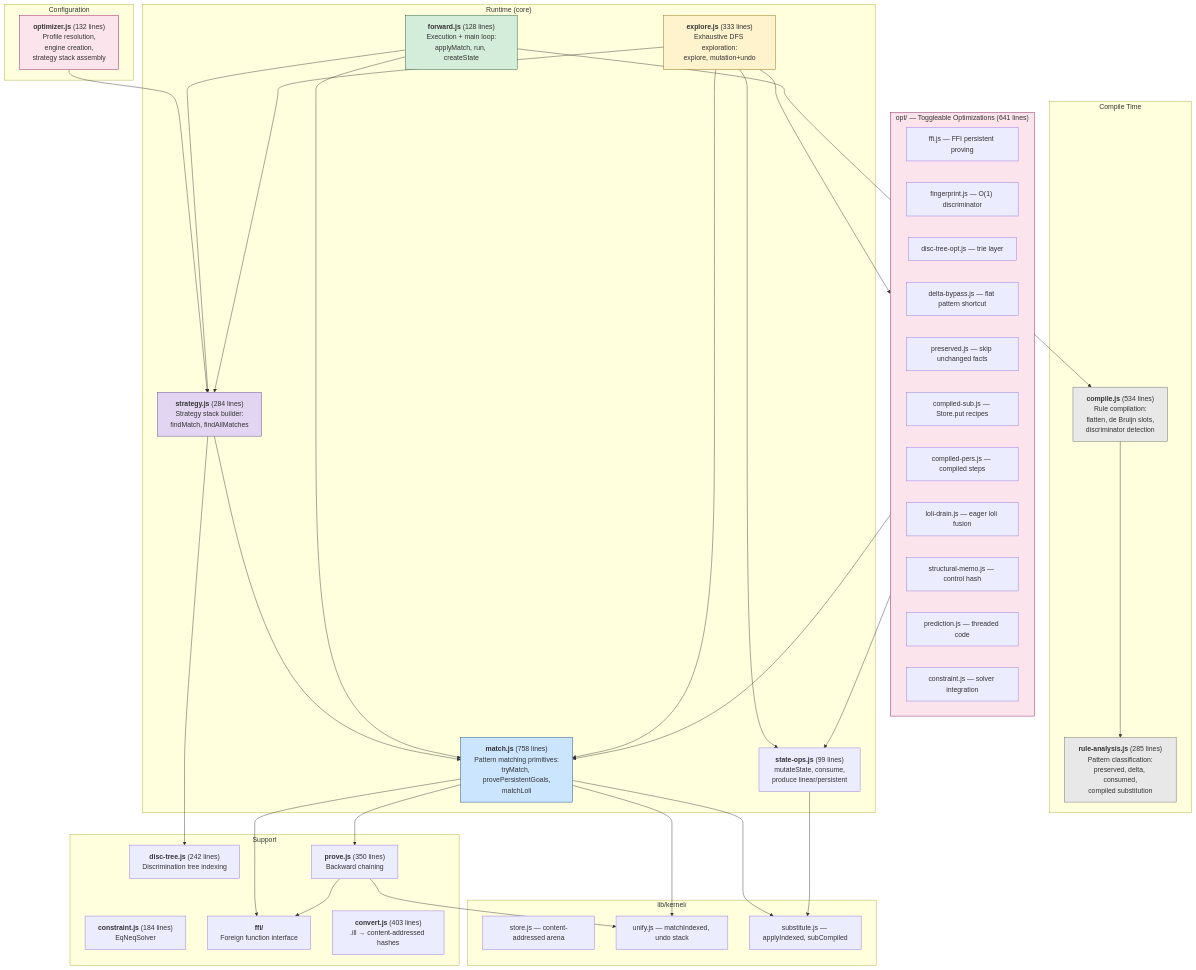
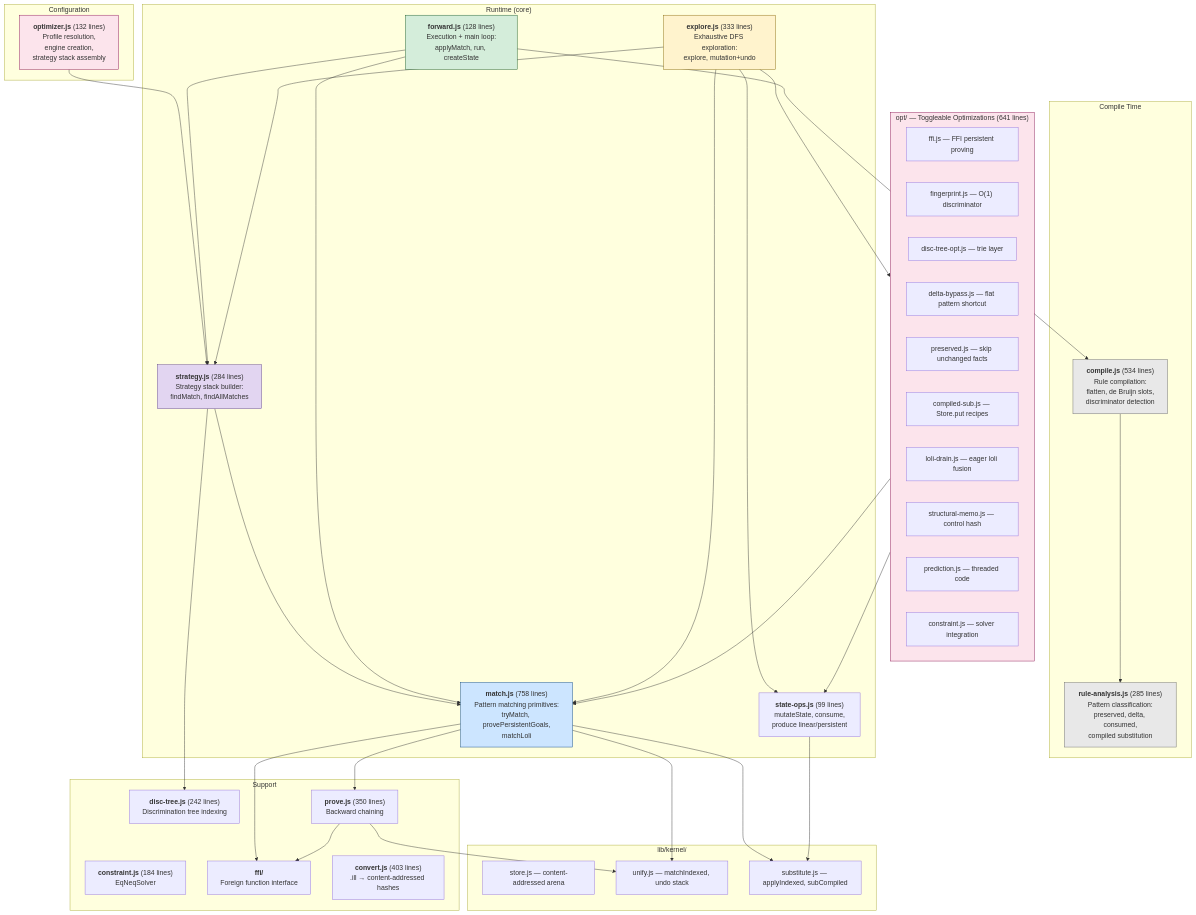
Before and after one commit to mhhf/calc: the first of 7 diagrams in doc/documentation/forward-chaining-engine.md, drawn with Mermaid. The commit also changed other lines of this file and 24 other files, not shown here.

````diff
--- a/doc/documentation/forward-chaining-engine.md
+++ b/doc/documentation/forward-chaining-engine.md
@@ -15,77 +15,76 @@
 ```mermaid
 graph TB
     subgraph Compilation["Compile Time"]
         COMPILE["<b>compile.js</b> (534 lines)<br/>Rule compilation:<br/>flatten, de Bruijn slots,<br/>discriminator detection"]
         ANALYSIS["<b>rule-analysis.js</b> (285 lines)<br/>Pattern classification:<br/>preserved, delta, consumed,<br/>compiled substitution"]
     end
 
     subgraph Config["Configuration"]
         OPTIM["<b>optimizer.js</b> (132 lines)<br/>Profile resolution,<br/>engine creation,<br/>strategy stack assembly"]
     end
 
     subgraph Runtime["Runtime (core)"]
         MATCH["<b>match.js</b> (758 lines)<br/>Pattern matching primitives:<br/>tryMatch, provePersistentGoals,<br/>matchLoli"]
         STRATEGY["<b>strategy.js</b> (284 lines)<br/>Strategy stack builder:<br/>findMatch, findAllMatches"]
         STATEOPS["<b>state-ops.js</b> (99 lines)<br/>mutateState, consume,<br/>produce linear/persistent"]
         FORWARD["<b>forward.js</b> (128 lines)<br/>Execution + main loop:<br/>applyMatch, run, createState"]
         SYMEXEC["<b>explore.js</b> (333 lines)<br/>Exhaustive DFS exploration:<br/>explore, mutation+undo"]
     end
 
     subgraph Opt["opt/ — Toggleable Optimizations (641 lines)"]
         OPT_FFI["ffi.js — FFI persistent proving"]
         OPT_FP["fingerprint.js — O(1) discriminator"]
         OPT_DT["disc-tree-opt.js — trie layer"]
         OPT_DELTA["delta-bypass.js — flat pattern shortcut"]
         OPT_PRES["preserved.js — skip unchanged facts"]
         OPT_CSUB["compiled-sub.js — Store.put recipes"]
-        OPT_CPERS["compiled-pers.js — compiled steps"]
         OPT_LOLI["loli-drain.js — eager loli fusion"]
         OPT_MEMO["structural-memo.js — control hash"]
         OPT_PRED["prediction.js — threaded code"]
         OPT_CONS["constraint.js — solver integration"]
     end
 
     subgraph Support["Support"]
         DTREE["<b>disc-tree.js</b> (242 lines)<br/>Discrimination tree indexing"]
         CONSTR["<b>constraint.js</b> (184 lines)<br/>EqNeqSolver"]
         PROVE["<b>prove.js</b> (350 lines)<br/>Backward chaining"]
         FFI["<b>ffi/</b><br/>Foreign function interface"]
         CONVERT["<b>convert.js</b> (403 lines)<br/>.ill → content-addressed hashes"]
     end
 
     subgraph Kernel["lib/kernel/"]
         STORE["store.js — content-addressed arena"]
         UNIFY["unify.js — matchIndexed, undo stack"]
         SUBST["substitute.js — applyIndexed, subCompiled"]
     end
 
     OPTIM --> STRATEGY
     COMPILE --> ANALYSIS
     MATCH --> UNIFY
     MATCH --> SUBST
     MATCH --> PROVE
     MATCH --> FFI
     STRATEGY --> MATCH
     STRATEGY --> DTREE
     FORWARD --> STRATEGY
     FORWARD --> MATCH
     FORWARD --> COMPILE
     SYMEXEC --> STRATEGY
     SYMEXEC --> MATCH
     SYMEXEC --> STATEOPS
     SYMEXEC --> Opt
     STATEOPS --> SUBST
     Opt --> MATCH
     Opt --> STATEOPS
     PROVE --> FFI
     PROVE --> UNIFY
 
     style MATCH fill:#cce5ff,stroke:#004085
     style STRATEGY fill:#e2d5f1,stroke:#5a3d8a
     style FORWARD fill:#d4edda,stroke:#155724
     style SYMEXEC fill:#fff3cd,stroke:#856404
     style COMPILE fill:#e8e8e8,stroke:#666
     style ANALYSIS fill:#e8e8e8,stroke:#666
     style OPTIM fill:#fce4ec,stroke:#880e4f
     style Opt fill:#fce4ec,stroke:#880e4f
 ```
````
